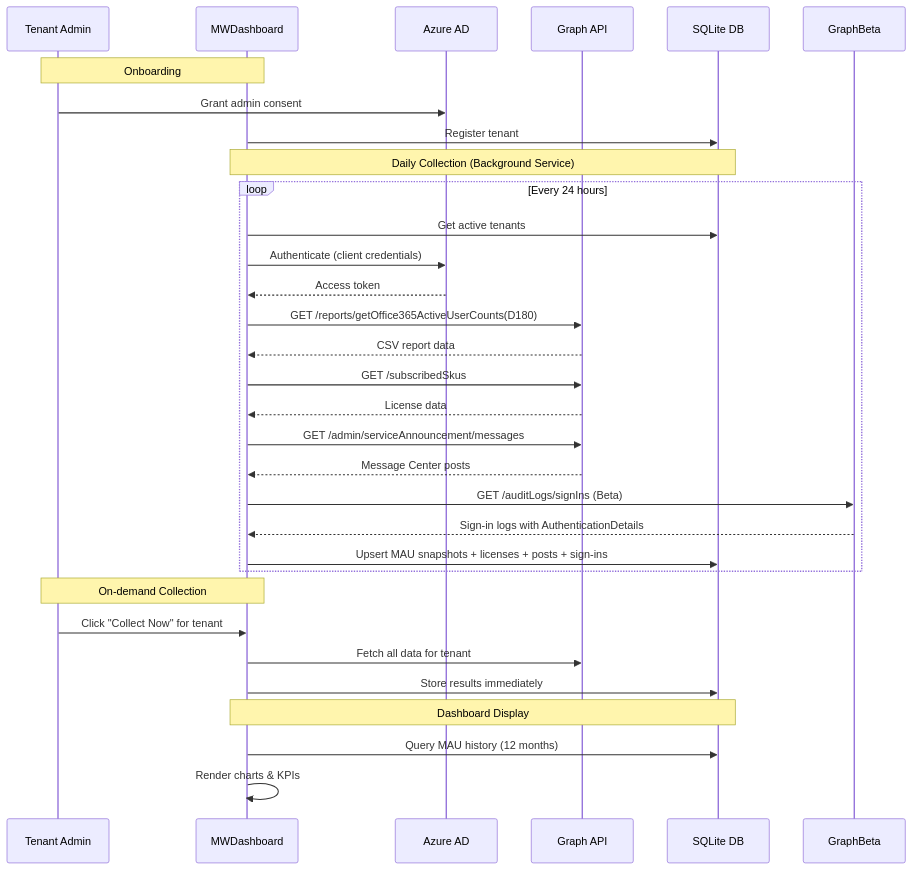
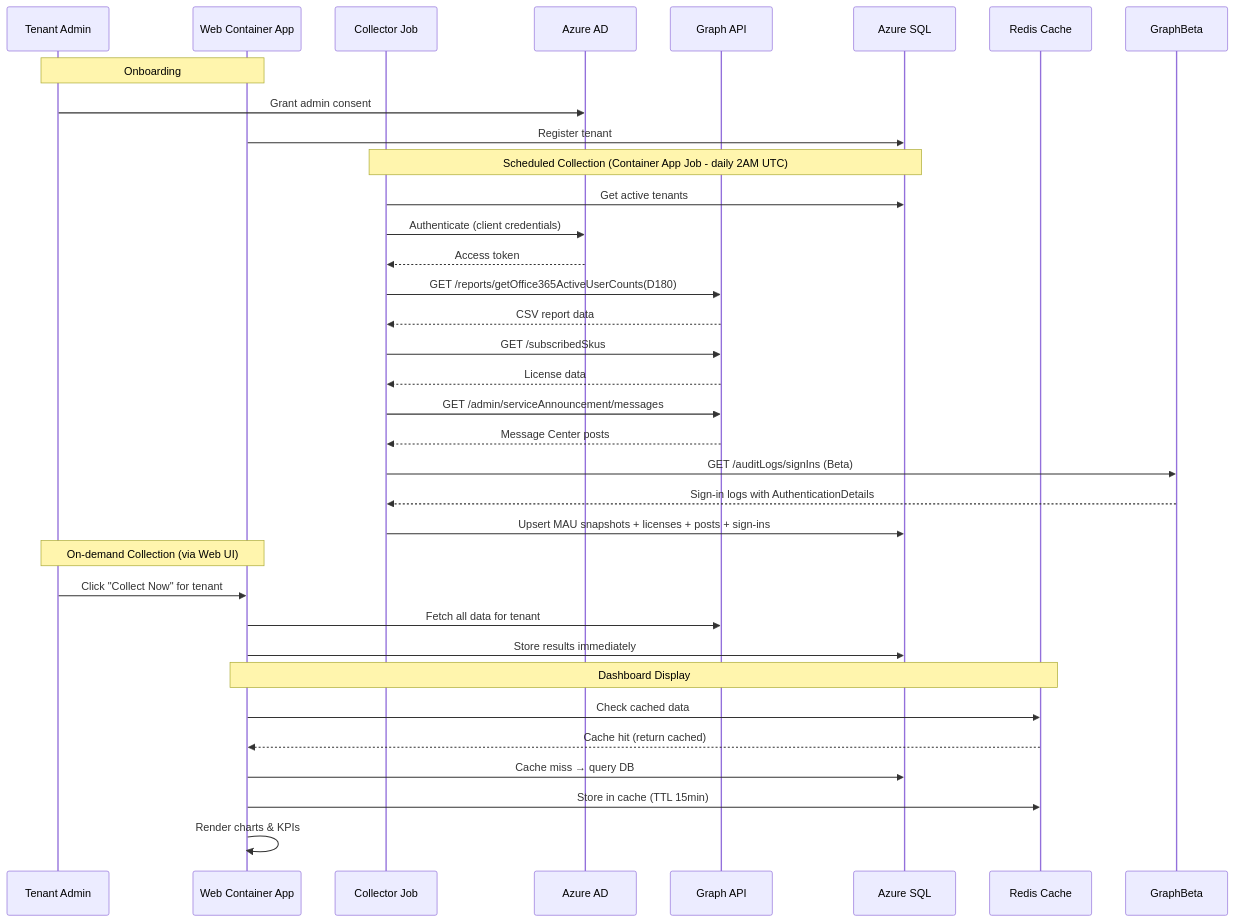
The second of 3 diagrams in docs/architecture.md (tdsnxnielsen-mikkelbach/MWDashboard), drawn with Mermaid before and after one commit. The commit also changed other lines of this file and 109 other files, not shown here.

````diff
--- a/docs/architecture.md
+++ b/docs/architecture.md
@@ -39,37 +46,40 @@
 ```mermaid
 sequenceDiagram
     participant Admin as Tenant Admin
-    participant App as MWDashboard
+    participant Web as Web Container App
+    participant Job as Collector Job
     participant AAD as Azure AD
     participant Graph as Graph API
-    participant DB as SQLite DB
+    participant DB as Azure SQL
+    participant Cache as Redis Cache
 
-    Note over Admin, App: Onboarding
+    Note over Admin, Web: Onboarding
     Admin->>AAD: Grant admin consent
-    App->>DB: Register tenant
+    Web->>DB: Register tenant
 
-    Note over App, DB: Daily Collection (Background Service)
-    loop Every 24 hours
-        App->>DB: Get active tenants
-        App->>AAD: Authenticate (client credentials)
-        AAD-->>App: Access token
-        App->>Graph: GET /reports/getOffice365ActiveUserCounts(D180)
-        Graph-->>App: CSV report data
-        App->>Graph: GET /subscribedSkus
-        Graph-->>App: License data
-        App->>Graph: GET /admin/serviceAnnouncement/messages
-        Graph-->>App: Message Center posts
-        App->>GraphBeta: GET /auditLogs/signIns (Beta)
-        GraphBeta-->>App: Sign-in logs with AuthenticationDetails
-        App->>DB: Upsert MAU snapshots + licenses + posts + sign-ins
-    end
+    Note over Job, DB: Scheduled Collection (Container App Job - daily 2AM UTC)
+    Job->>DB: Get active tenants
+    Job->>AAD: Authenticate (client credentials)
+    AAD-->>Job: Access token
+    Job->>Graph: GET /reports/getOffice365ActiveUserCounts(D180)
+    Graph-->>Job: CSV report data
+    Job->>Graph: GET /subscribedSkus
+    Graph-->>Job: License data
+    Job->>Graph: GET /admin/serviceAnnouncement/messages
+    Graph-->>Job: Message Center posts
+    Job->>GraphBeta: GET /auditLogs/signIns (Beta)
+    GraphBeta-->>Job: Sign-in logs with AuthenticationDetails
+    Job->>DB: Upsert MAU snapshots + licenses + posts + sign-ins
 
-    Note over Admin, App: On-demand Collection
-    Admin->>App: Click "Collect Now" for tenant
-    App->>Graph: Fetch all data for tenant
-    App->>DB: Store results immediately
+    Note over Admin, Web: On-demand Collection (via Web UI)
+    Admin->>Web: Click "Collect Now" for tenant
+    Web->>Graph: Fetch all data for tenant
+    Web->>DB: Store results immediately
 
-    Note over App, DB: Dashboard Display
-    App->>DB: Query MAU history (12 months)
-    App->>App: Render charts & KPIs
+    Note over Web, Cache: Dashboard Display
+    Web->>Cache: Check cached data
+    Cache-->>Web: Cache hit (return cached)
+    Web->>DB: Cache miss → query DB
+    Web->>Cache: Store in cache (TTL 15min)
+    Web->>Web: Render charts & KPIs
 ```
````
